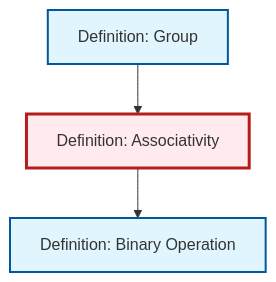
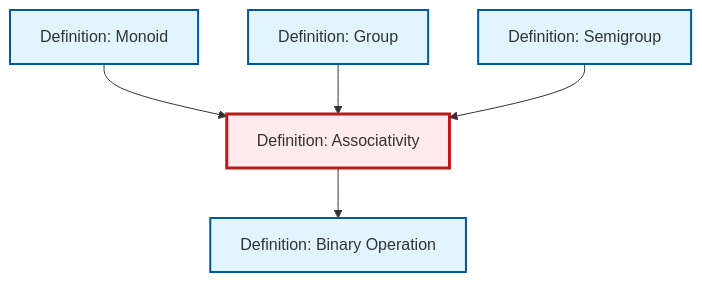
The diagram in content/ja/algebra/def-associativity.qmd (RK0429/ModernMath), drawn with Mermaid before and after one commit. The commit also changed 619 other files, not shown here.

````diff
--- a/content/ja/algebra/def-associativity.qmd
+++ b/content/ja/algebra/def-associativity.qmd
@@ -101,17 +101,23 @@
 ```{mermaid}
 %%| fig-cap: "Local dependency graph"
 graph TD
     classDef definition fill:#e1f5fe,stroke:#01579b,stroke-width:2px
     classDef theorem fill:#f3e5f5,stroke:#4a148c,stroke-width:2px
     classDef axiom fill:#fff3e0,stroke:#e65100,stroke-width:2px
     classDef example fill:#e8f5e9,stroke:#1b5e20,stroke-width:2px
     classDef current fill:#ffebee,stroke:#b71c1c,stroke-width:3px
+    def-binary-operation["Definition: Binary Operation"]:::definition
     def-associativity["Definition: Associativity"]:::definition
+    def-semigroup["Definition: Semigroup"]:::definition
     def-group["Definition: Group"]:::definition
-    def-binary-operation["Definition: Binary Operation"]:::definition
+    def-monoid["Definition: Monoid"]:::definition
+    def-associativity --> def-binary-operation
+    def-monoid --> def-associativity
     def-group --> def-associativity
-    def-associativity --> def-binary-operation
+    def-semigroup --> def-associativity
     class def-associativity current
+    click def-binary-operation "def-binary-operation.html" "Definition: Binary Operationへ"
+    click def-semigroup "def-semigroup.html" "Definition: Semigroupへ"
     click def-group "def-group.html" "Definition: Groupへ"
-    click def-binary-operation "def-binary-operation.html" "Definition: Binary Operationへ"
+    click def-monoid "def-monoid.html" "Definition: Monoidへ"
 ```
````
